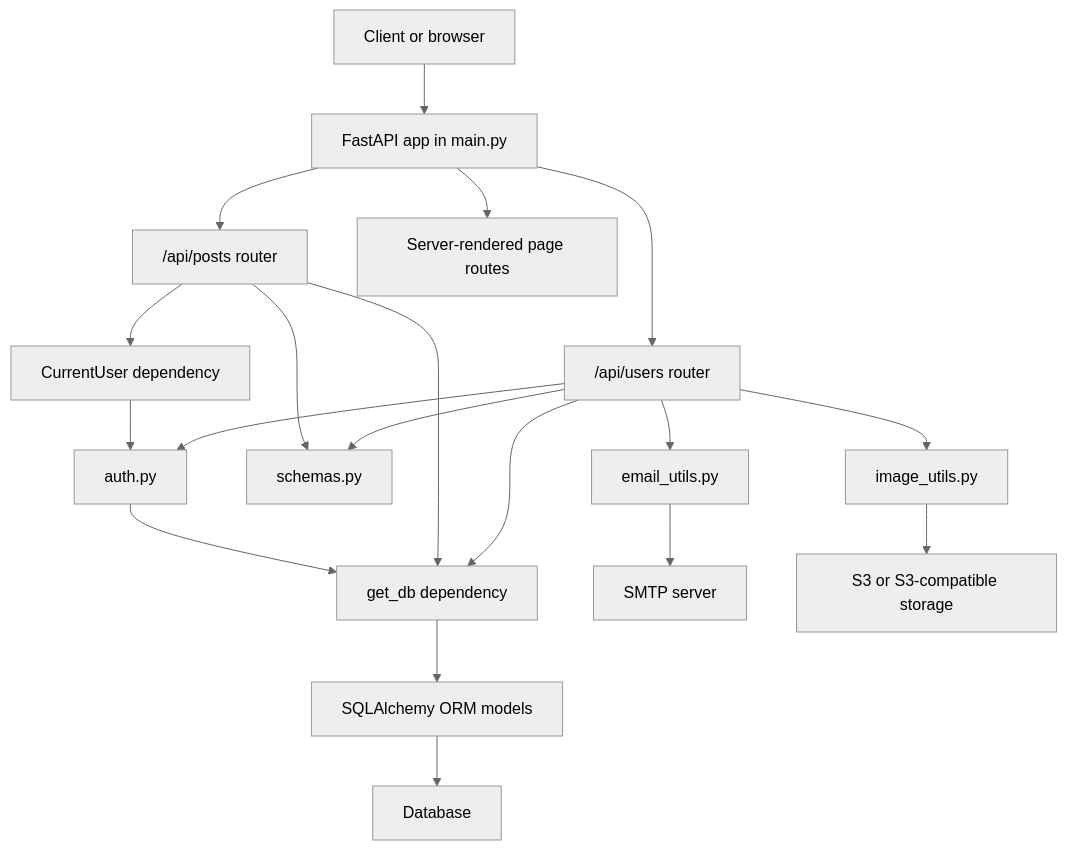
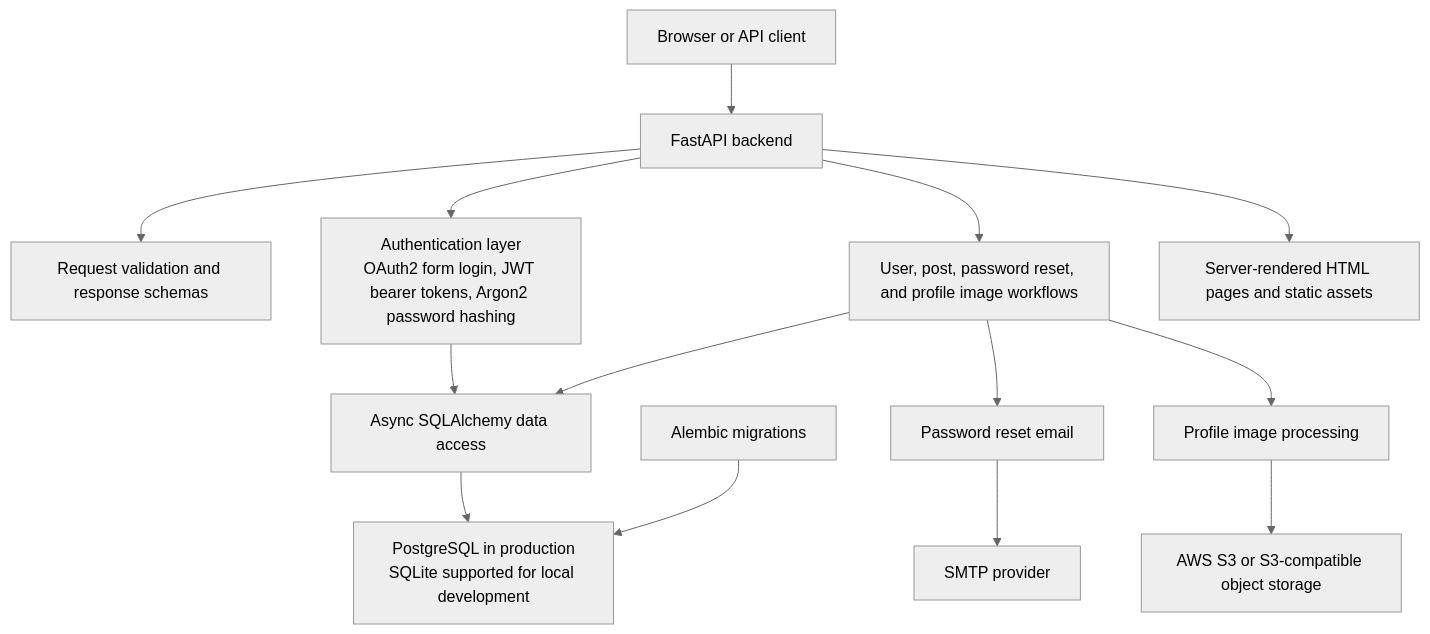
Before and after one commit to Aswin-K-V/fastAPI-webapp: the diagram in README.md, drawn with Mermaid (neutral theme). The commit also changed other lines of this file, not shown here.

````diff
--- a/README.md
+++ b/README.md
@@ -144,25 +144,33 @@
 ```mermaid
 flowchart TD
-    Client["Client or browser"] --> App["FastAPI app in main.py"]
-    App --> UsersRouter["/api/users router"]
-    App --> PostsRouter["/api/posts router"]
-    App --> PageRoutes["Server-rendered page routes"]
+    Client["Browser or API client"]
+    FastAPI["FastAPI backend"]
+    Validation["Request validation and response schemas"]
+    Auth["Authentication layer<br/>OAuth2 form login, JWT bearer tokens, Argon2 password hashing"]
+    Domain["User, post, password reset, and profile image workflows"]
+    DBLayer["Async SQLAlchemy data access"]
+    Migrations["Alembic migrations"]
+    Database["PostgreSQL in production<br/>SQLite supported for local development"]
+    Email["Password reset email"]
+    SMTP["SMTP provider"]
+    Images["Profile image processing"]
+    S3["AWS S3 or S3-compatible object storage"]
+    Pages["Server-rendered HTML pages and static assets"]
 
-    UsersRouter --> Auth["auth.py"]
-    UsersRouter --> Schemas["schemas.py"]
-    UsersRouter --> DBSession["get_db dependency"]
-    UsersRouter --> Email["email_utils.py"]
-    UsersRouter --> Images["image_utils.py"]
+    Client --> FastAPI
+    FastAPI --> Validation
+    FastAPI --> Auth
+    FastAPI --> Domain
+    FastAPI --> Pages
 
-    PostsRouter --> CurrentUser["CurrentUser dependency"]
-    PostsRouter --> Schemas
-    PostsRouter --> DBSession
+    Auth --> DBLayer
+    Domain --> DBLayer
+    DBLayer --> Database
+    Migrations --> Database
 
-    CurrentUser --> Auth
-    Auth --> DBSession
-    DBSession --> ORM["SQLAlchemy ORM models"]
-    ORM --> Database["Database"]
+    Domain --> Email
+    Email --> SMTP
 
-    Email --> SMTP["SMTP server"]
-    Images --> S3["S3 or S3-compatible storage"]
+    Domain --> Images
+    Images --> S3
 ```
````
